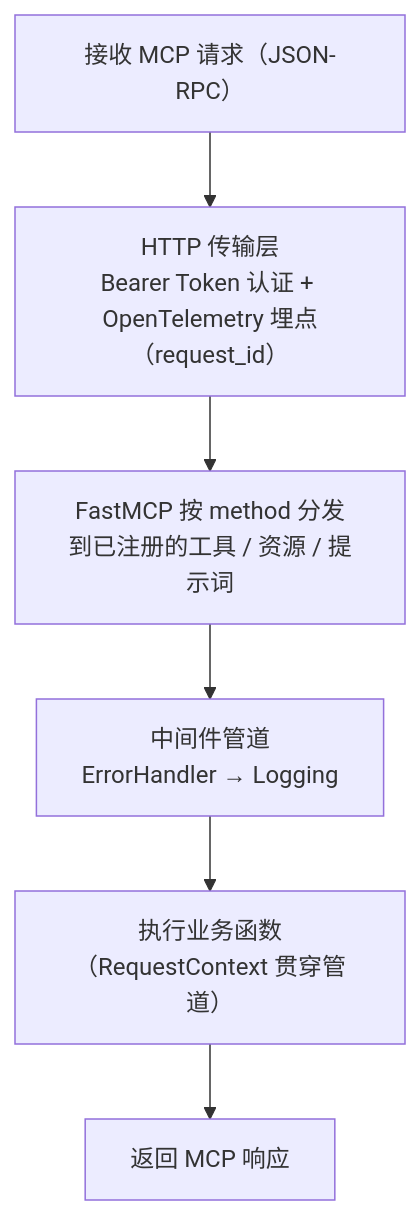
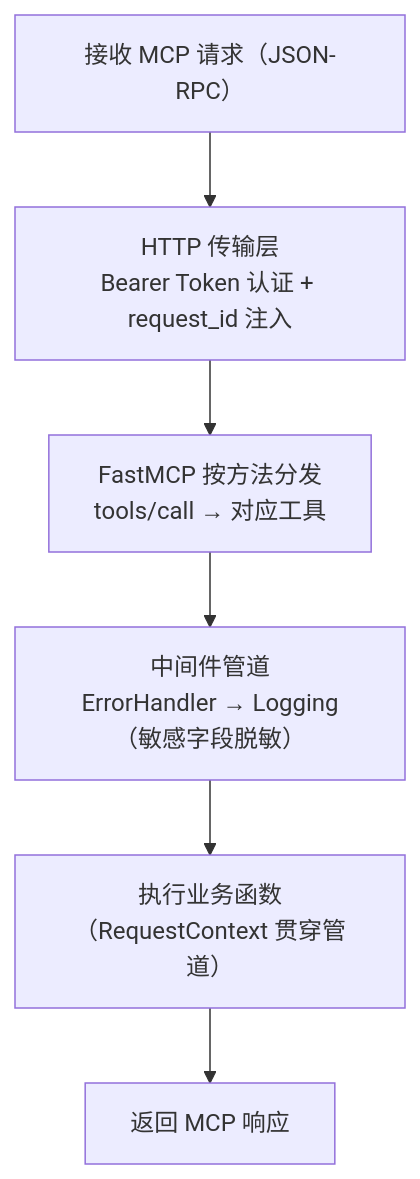
The third of 4 diagrams in README.md (chain-engine/x-QiuChi), drawn with Mermaid before and after one commit. The commit also changed other lines of this file and 15 other files, not shown here.

````diff
--- a/README.md
+++ b/README.md
@@ -508,8 +324,11 @@
 ```mermaid
 flowchart TD
-    R1["接收 MCP 请求（JSON-RPC）"] --> R2["HTTP 传输层<br/>Bearer Token 认证 + OpenTelemetry 埋点（request_id）"]
-    R2 --> R3["FastMCP 按 method 分发<br/>到已注册的工具 / 资源 / 提示词"]
-    R3 --> R4["中间件管道<br/>ErrorHandler → Logging"]
-    R4 --> R6["执行业务函数<br/>（RequestContext 贯穿管道）"]
-    R6 --> R9["返回 MCP 响应"]
+    R1["接收 MCP 请求（JSON-RPC）"]
+    R2["HTTP 传输层<br/>Bearer Token 认证 + request_id 注入"]
+    R3["FastMCP 按方法分发<br/>tools/call → 对应工具"]
+    R4["中间件管道<br/>ErrorHandler → Logging（敏感字段脱敏）"]
+    R5["执行业务函数<br/>（RequestContext 贯穿管道）"]
+    R6["返回 MCP 响应"]
+
+    R1 --> R2 --> R3 --> R4 --> R5 --> R6
 ```
````
